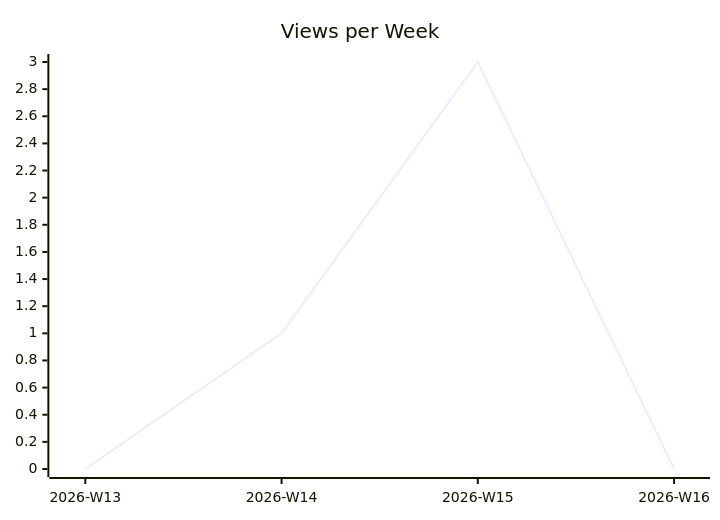
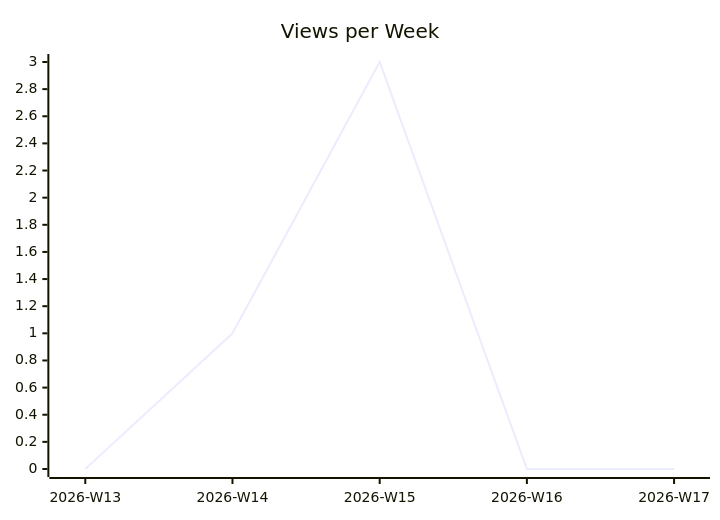
The second of 3 diagrams in justdavis-family/justdavis/README.md (justdavis-family/github-analytics-data), drawn with Mermaid before and after one commit. The commit also changed other lines of this file and 192 other files, not shown here.

````diff
--- a/justdavis-family/justdavis/README.md
+++ b/justdavis-family/justdavis/README.md
@@ -12,6 +12,6 @@
 ```mermaid
 xychart-beta
   title "Views per Week"
-  x-axis ["2026-W13", "2026-W14", "2026-W15", "2026-W16"]
-  line [0, 1, 3, 0]
+  x-axis ["2026-W13", "2026-W14", "2026-W15", "2026-W16", "2026-W17"]
+  line [0, 1, 3, 0, 0]
 ```
````
